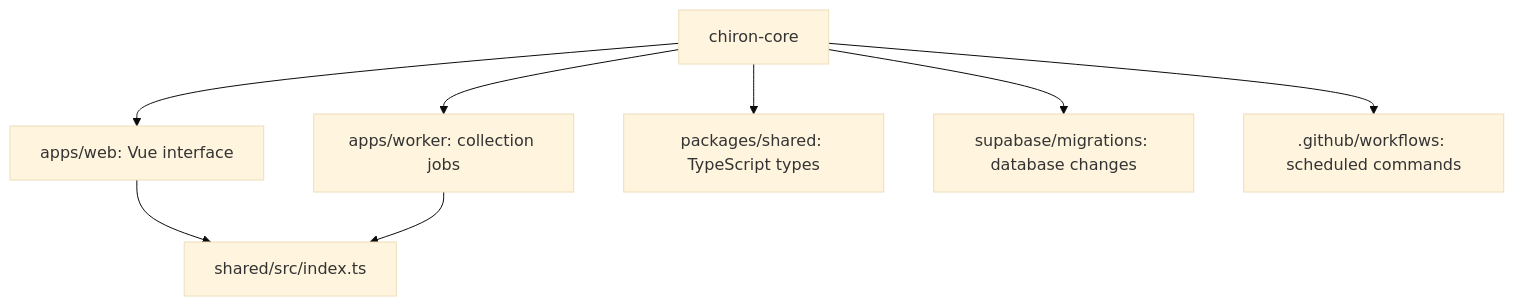
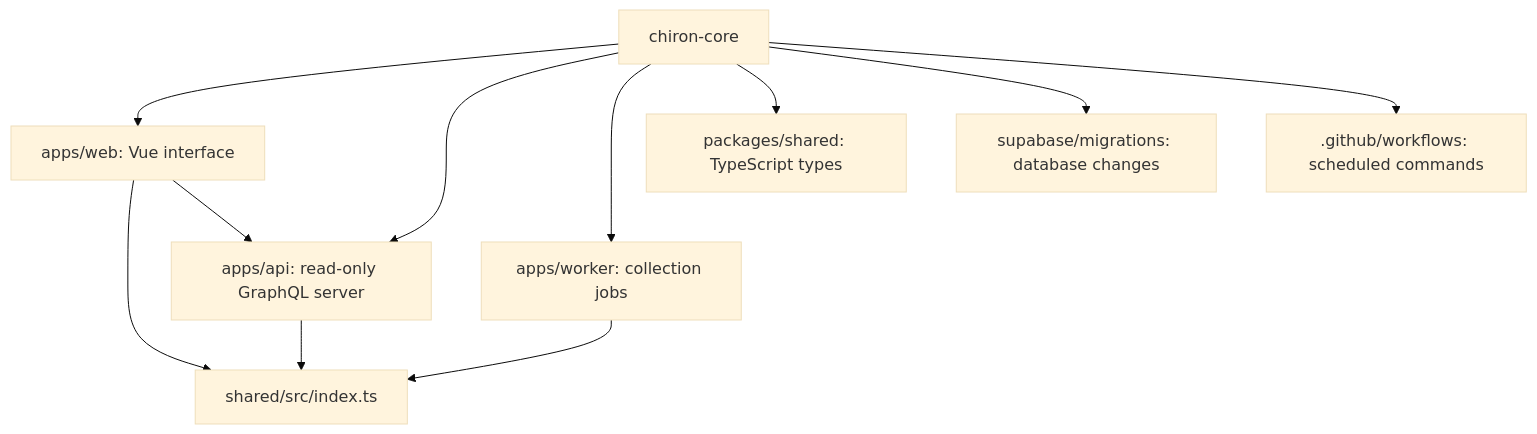
Before and after one commit to thstamod/chiron-core: the third of 16 diagrams in docs/visual-guide.md, drawn with Mermaid (base theme). The commit also changed other lines of this file and 10 other files, not shown here.

````diff
--- a/docs/visual-guide.md
+++ b/docs/visual-guide.md
@@ -46,10 +50,13 @@
 ```mermaid
 flowchart TD
     ROOT[chiron-core] --> WEB[apps/web: Vue interface]
+    ROOT --> API[apps/api: read-only GraphQL server]
     ROOT --> WORKER[apps/worker: collection jobs]
     ROOT --> SHARED[packages/shared: TypeScript types]
     ROOT --> SQL[supabase/migrations: database changes]
     ROOT --> ACTION[.github/workflows: scheduled commands]
     WEB --> TYPES[shared/src/index.ts]
+    WEB --> API
+    API --> TYPES
     WORKER --> TYPES
 ```
````
